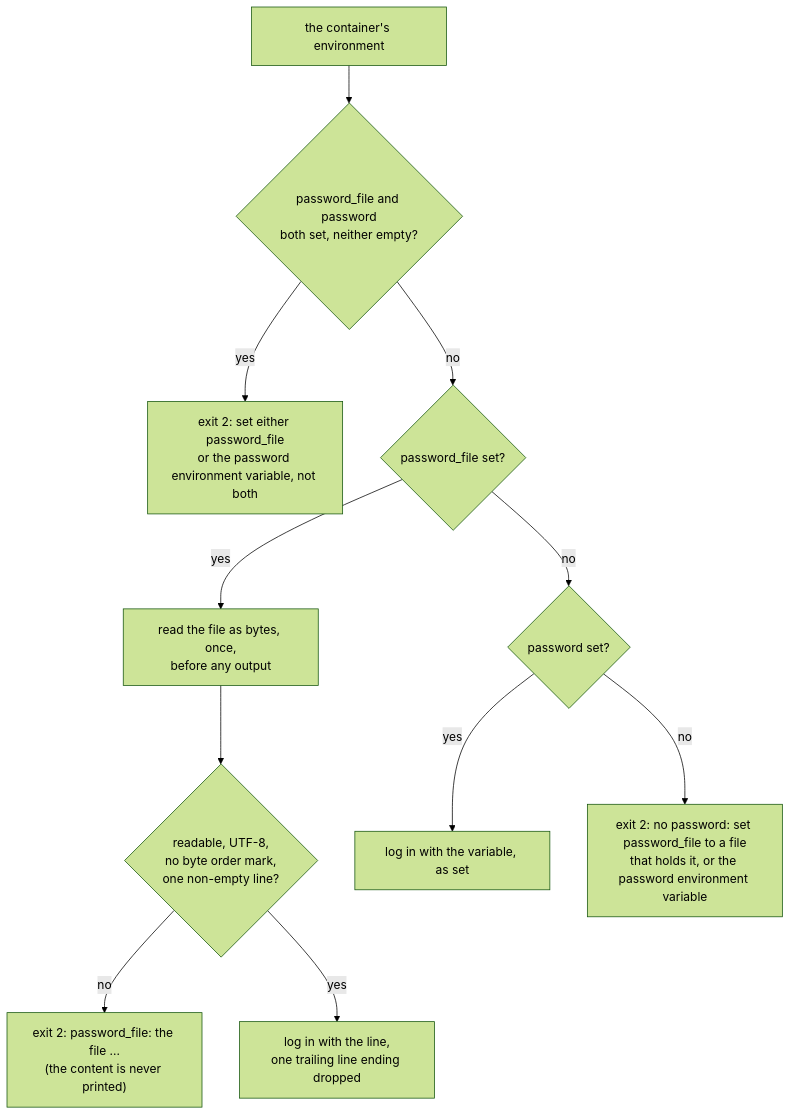
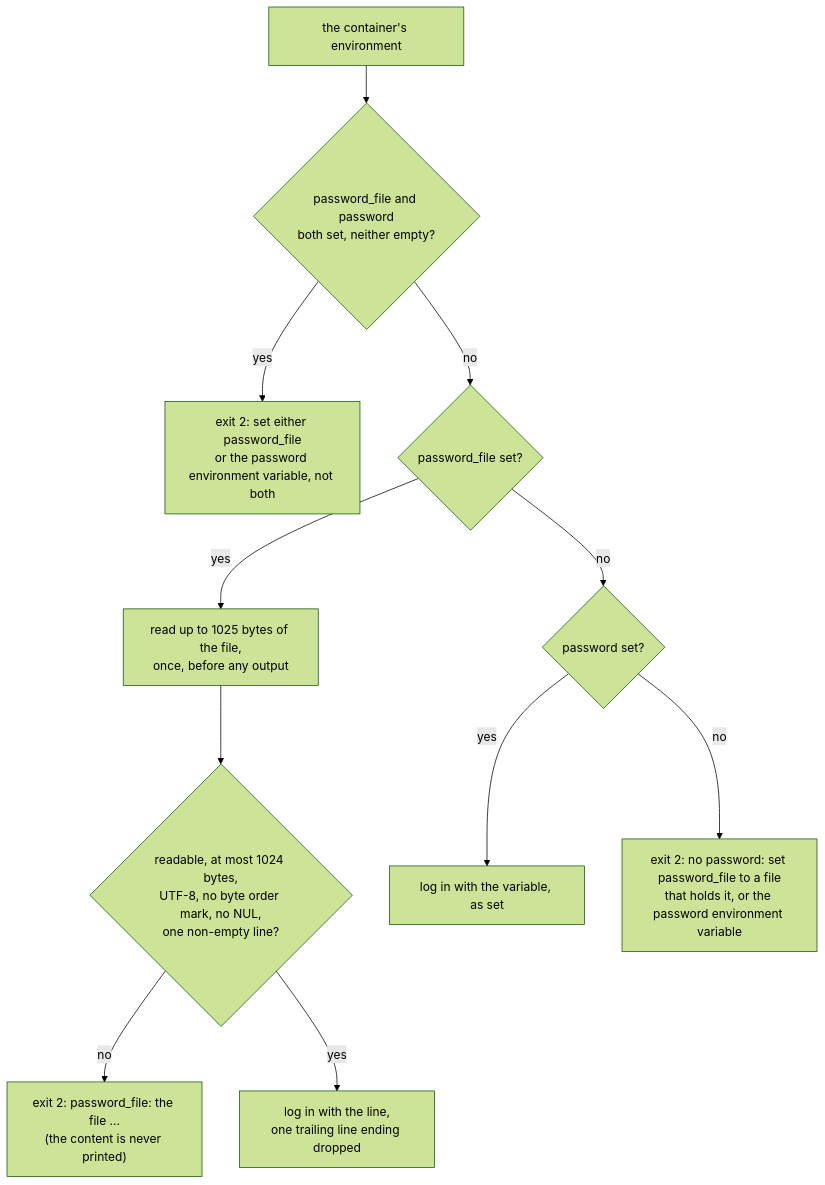
Before and after one commit to Akinzou/TradeLockerBot: the diagram in docs/adr/0024-read-the-password-from-a-file.md, drawn with Mermaid (forest theme). The commit also changed other lines of this file and 8 other files, not shown here.

````diff
--- a/docs/adr/0024-read-the-password-from-a-file.md
+++ b/docs/adr/0024-read-the-password-from-a-file.md
@@ -37,13 +37,13 @@
 ```mermaid
 flowchart TD
     ENV["the container's environment"] --> BOTH{"password_file and password<br/>both set, neither empty?"}
     BOTH -- yes --> STOP2["exit 2: set either password_file<br/>or the password environment variable, not both"]
     BOTH -- no --> FILE{"password_file set?"}
-    FILE -- yes --> READ["read the file as bytes, once,<br/>before any output"]
-    READ --> CHECK{"readable, UTF-8,<br/>no byte order mark,<br/>one non-empty line?"}
+    FILE -- yes --> READ["read up to 1025 bytes of the file,<br/>once, before any output"]
+    READ --> CHECK{"readable, at most 1024 bytes,<br/>UTF-8, no byte order mark, no NUL,<br/>one non-empty line?"}
     CHECK -- no --> STOP3["exit 2: password_file: the file ...<br/>(the content is never printed)"]
     CHECK -- yes --> LOGIN["log in with the line,<br/>one trailing line ending dropped"]
     FILE -- no --> VAR{"password set?"}
     VAR -- yes --> LOGIN2["log in with the variable, as set"]
     VAR -- no --> STOP1["exit 2: no password: set password_file to a file<br/>that holds it, or the password environment variable"]
 ```
````
